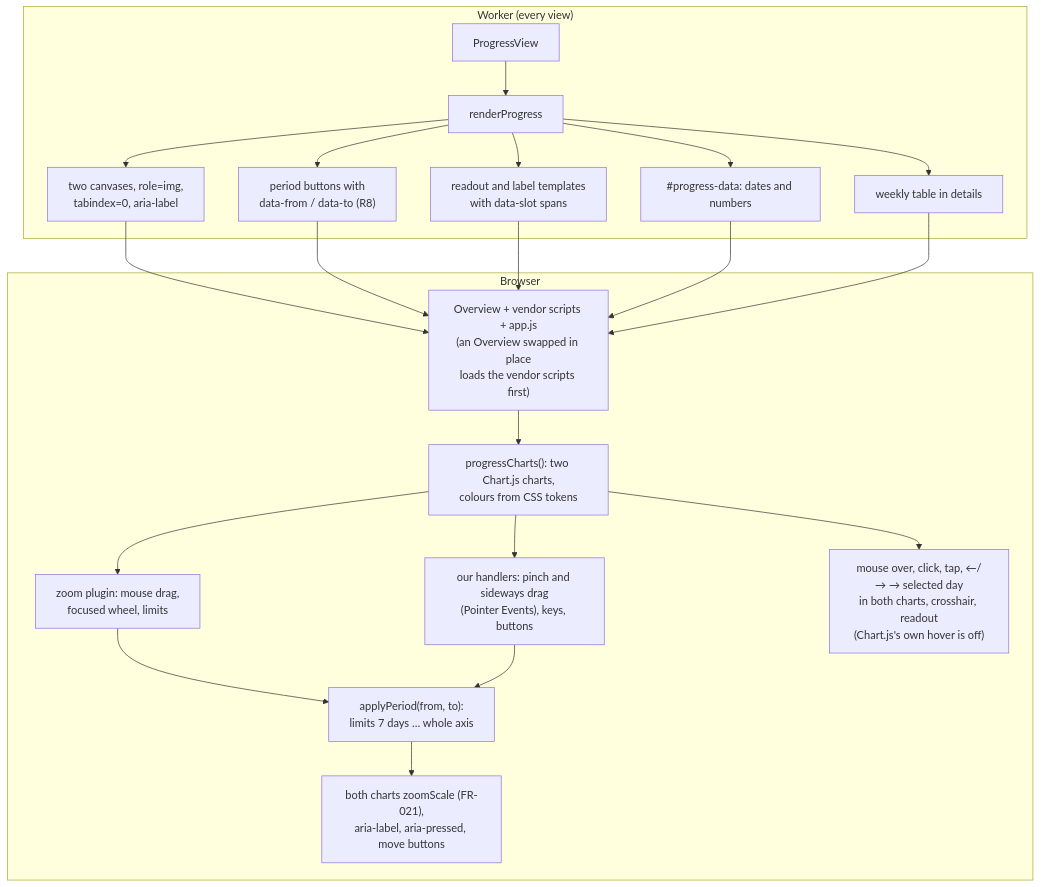
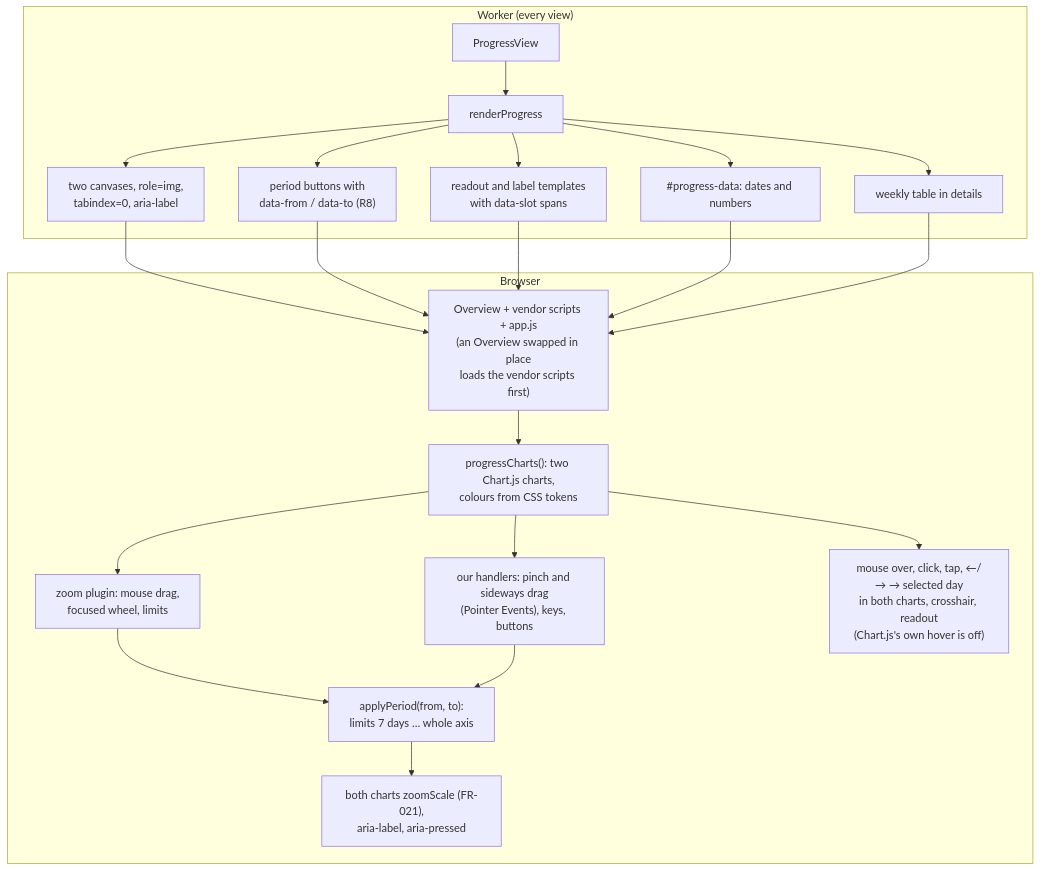
One commit to SaSteffen/RynkePoints changed the fourth of 6 diagrams in specs/009-rider-progress-charts/plan.md. Above: the diagram before and after it, drawn with Mermaid. The commit also changed other lines of this file and 15 other files, not shown here.

````diff
--- a/specs/009-rider-progress-charts/plan.md
+++ b/specs/009-rider-progress-charts/plan.md
@@ -276,20 +276,20 @@
 ```mermaid
 flowchart TB
     subgraph server["Worker (every view)"]
         pv["ProgressView"] --> sec["renderProgress"]
         sec --> cv["two canvases, role=img,<br/>tabindex=0, aria-label"]
         sec --> btn["period buttons with<br/>data-from / data-to (R8)"]
         sec --> tpl["readout and label templates<br/>with data-slot spans"]
         sec --> json["#progress-data: dates and numbers"]
         sec --> table["weekly table in details"]
     end
     subgraph browser["Browser"]
         page["Overview + vendor scripts + app.js<br/>(an Overview swapped in place<br/>loads the vendor scripts first)"] --> init["progressCharts(): two Chart.js charts,<br/>colours from CSS tokens"]
         init --> plugin["zoom plugin: mouse drag,<br/>focused wheel, limits"]
         init --> own["our handlers: pinch and sideways drag<br/>(Pointer Events), keys, buttons"]
         plugin & own --> apply["applyPeriod(from, to):<br/>limits 7 days … whole axis"]
-        apply --> both["both charts zoomScale (FR-021),<br/>aria-label, aria-pressed, move buttons"]
+        apply --> both["both charts zoomScale (FR-021),<br/>aria-label, aria-pressed"]
         init --> sel["mouse over, click, tap, ←/→ → selected day<br/>in both charts, crosshair, readout<br/>(Chart.js's own hover is off)"]
     end
     cv & btn & tpl & json & table --> page
 ```
````
